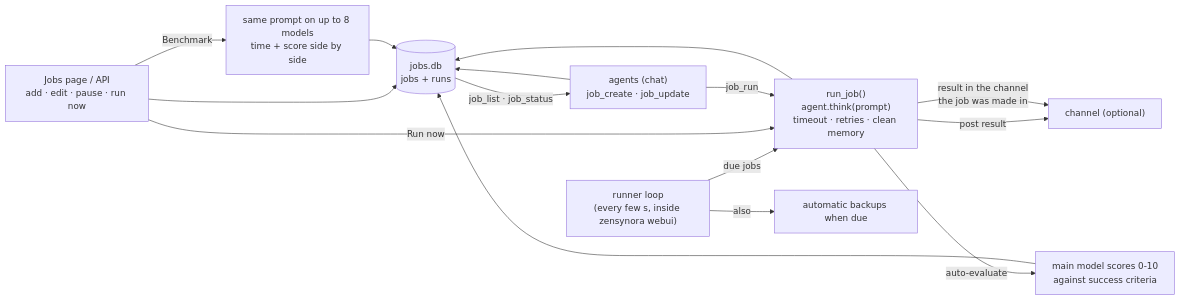
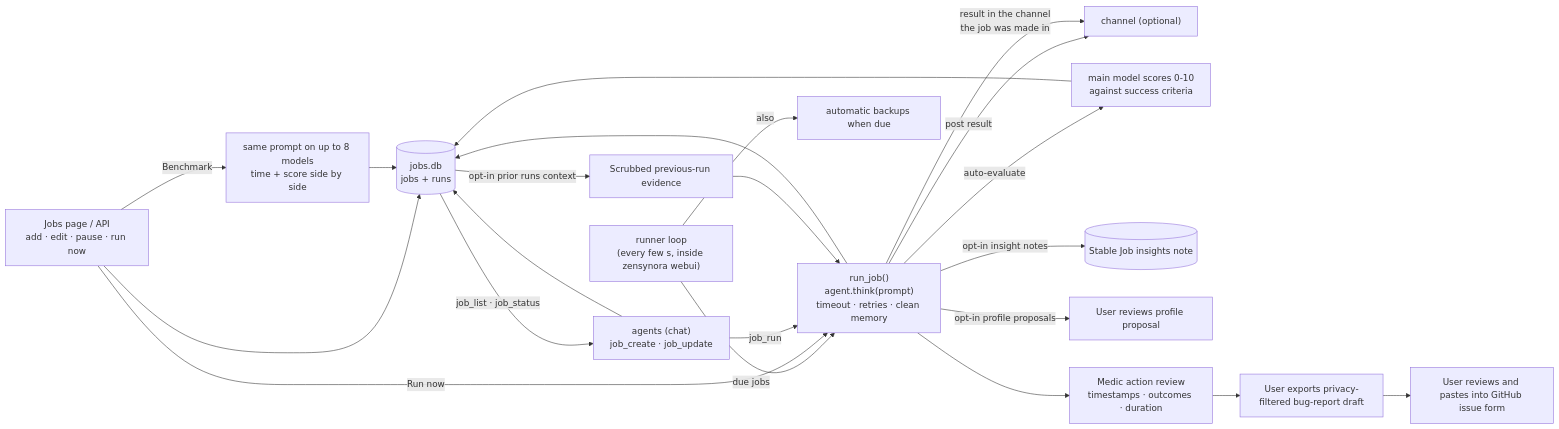
Diagram 14 of 22 in docs/architecture_diagram.md (adrianx26/zensynora), drawn with Mermaid before and after one commit. The commit also changed other lines of this file and 67 other files, not shown here.

````diff
--- a/docs/architecture_diagram.md
+++ b/docs/architecture_diagram.md
@@ -470,17 +491,24 @@
 ```mermaid
 flowchart LR
     ui["Jobs page / API<br/>add · edit · pause · run now"] --> store[("jobs.db<br/>jobs + runs")]
     tick["runner loop<br/>(every few s, inside zensynora webui)"] -- "due jobs" --> run
     ui -- "Run now" --> run["run_job()<br/>agent.think(prompt)<br/>timeout · retries · clean memory"]
     run --> store
     run -- "post result" --> chan["channel (optional)"]
     run -- "auto-evaluate" --> judge["main model scores 0-10<br/>against success criteria"]
     ui -- "Benchmark" --> bench["same prompt on up to 8 models<br/>time + score side by side"]
     bench --> store
     judge --> store
     tick -- "also" --> ab["automatic backups when due"]
     agent["agents (chat)<br/>job_create · job_update"] --> store
     agent -- "job_run" --> run
     store -- "job_list · job_status" --> agent
     run -- "result in the channel<br/>the job was made in" --> chan
+    store -- "opt-in prior runs context" --> context["Scrubbed previous-run evidence"]
+    context --> run
+    run -- "opt-in insight notes" --> notes[("Stable Job insights note")]
+    run -- "opt-in profile proposals" --> review["User reviews profile proposal"]
+    run --> actions["Medic action review<br/>timestamps · outcomes · duration"]
+    actions --> draft["User exports privacy-filtered bug-report draft"]
+    draft --> github["User reviews and pastes into GitHub issue form"]
 ```
````
